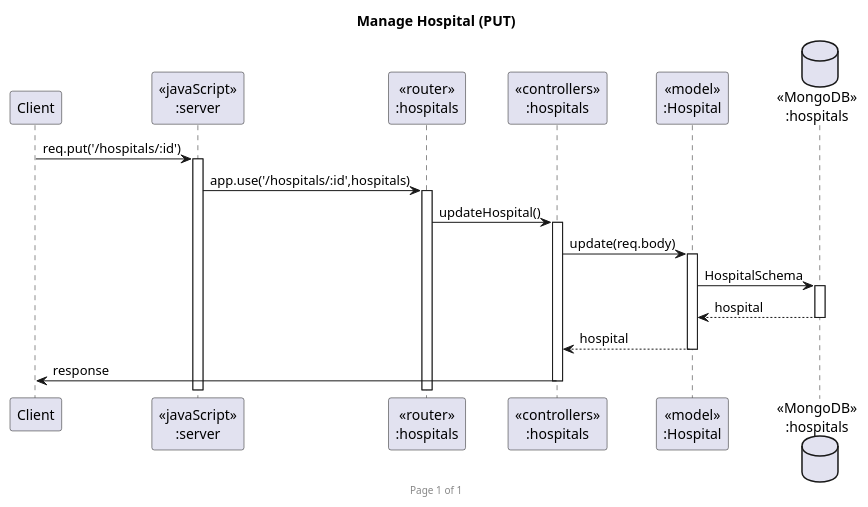
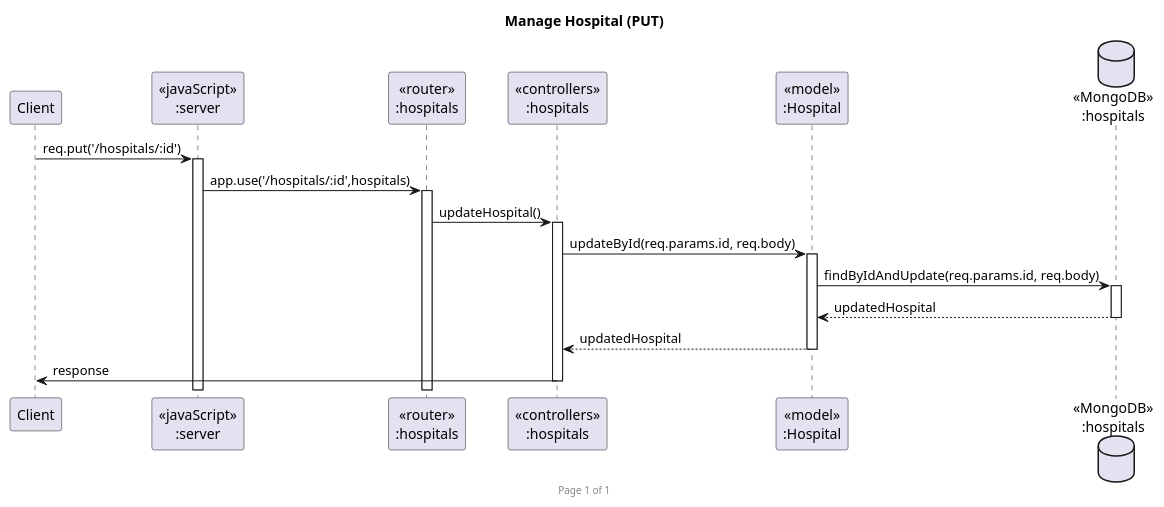
The diagram in VacQ/VacQSeq_put.puml (JirayutP/SE_Dev), drawn with PlantUML before and after one commit. The commit also changed 5 other files, not shown here.

```diff
--- a/VacQ/VacQSeq_put.puml
+++ b/VacQ/VacQSeq_put.puml
@@ -1,22 +1,22 @@
 @startuml Manage Hospital (PUT)
 
 footer Page %page% of %lastpage%
 title "Manage Hospital (PUT)"
 
 participant "Client" as client
 participant "<<javaScript>>\n:server" as server
 participant "<<router>>\n:hospitals" as routerHospitals
 participant "<<controllers>>\n:hospitals" as controllersHospitals
 participant "<<model>>\n:Hospital" as modelHospital
 database "<<MongoDB>>\n:hospitals" as HospitalsDatabase
 
 client->server ++:req.put('/hospitals/:id')
 server->routerHospitals ++:app.use('/hospitals/:id',hospitals)
 routerHospitals -> controllersHospitals ++:updateHospital()
-controllersHospitals->modelHospital ++:update(req.body)
-modelHospital ->HospitalsDatabase ++: HospitalSchema
-HospitalsDatabase --> modelHospital --: hospital
-controllersHospitals <-- modelHospital --:hospital
+controllersHospitals->modelHospital ++:updateById(req.params.id, req.body)
+modelHospital ->HospitalsDatabase ++: findByIdAndUpdate(req.params.id, req.body)
+HospitalsDatabase --> modelHospital --: updatedHospital
+controllersHospitals <-- modelHospital --:updatedHospital
 controllersHospitals->client --:response
 
 @enduml
```
